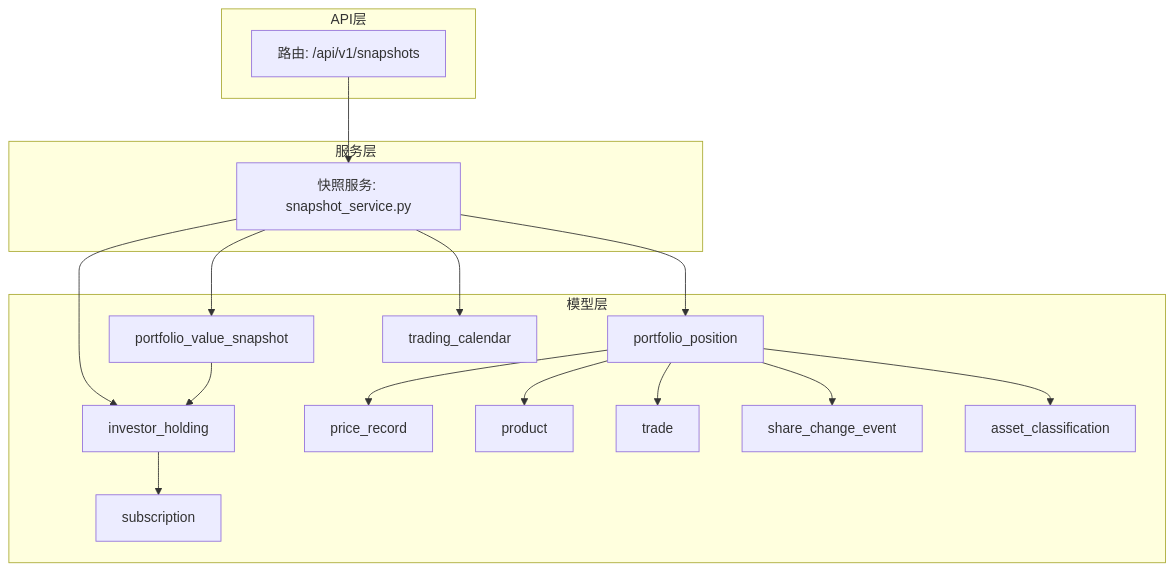
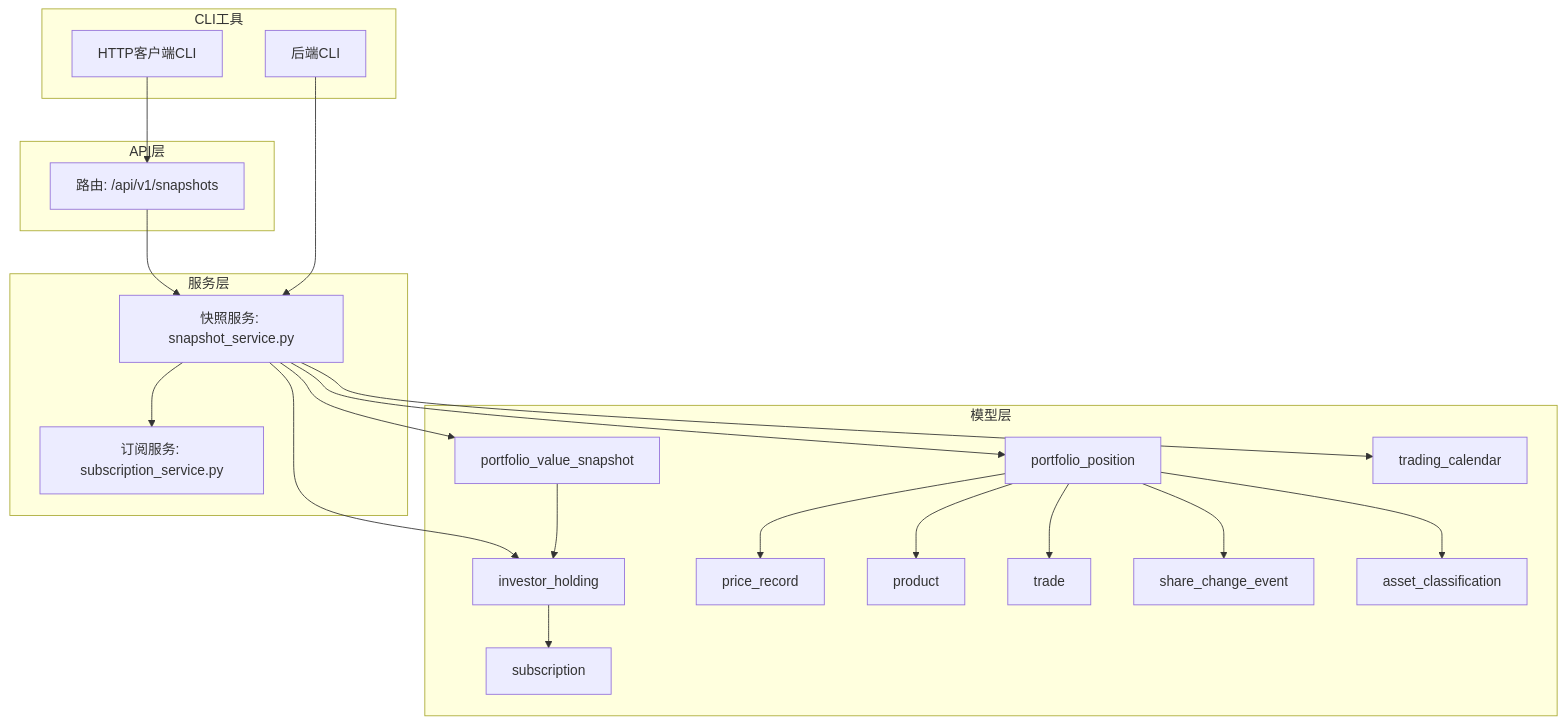
The first of 4 diagrams in .qoder/repowiki/zh/content/核心业务功能/净值快照系统.md (gujialind/InvestRing), drawn with Mermaid before and after one commit. The commit also changed other lines of this file and 39 other files, not shown here.

````diff
--- a/.qoder/repowiki/zh/content/核心业务功能/净值快照系统.md
+++ b/.qoder/repowiki/zh/content/核心业务功能/净值快照系统.md
@@ -64,33 +68,41 @@
 ```mermaid
 graph TB
 subgraph "API层"
 R["路由: /api/v1/snapshots"]
 end
 subgraph "服务层"
 S["快照服务: snapshot_service.py"]
+SC["订阅服务: subscription_service.py"]
 end
 subgraph "模型层"
 P["portfolio_position"]
 V["portfolio_value_snapshot"]
 H["investor_holding"]
 PR["price_record"]
 TR["trading_calendar"]
 PD["product"]
 TD["trade"]
 SB["subscription"]
 SE["share_change_event"]
 AC["asset_classification"]
 end
+subgraph "CLI工具"
+CLI["后端CLI"]
+HTTPCLI["HTTP客户端CLI"]
+end
 R --> S
+S --> SC
 S --> P
 S --> V
 S --> H
 P --> PR
 P --> PD
 P --> AC
 V --> H
 P --> TD
 H --> SB
 P --> SE
 S --> TR
+CLI --> S
+HTTPCLI --> R
 ```
````
